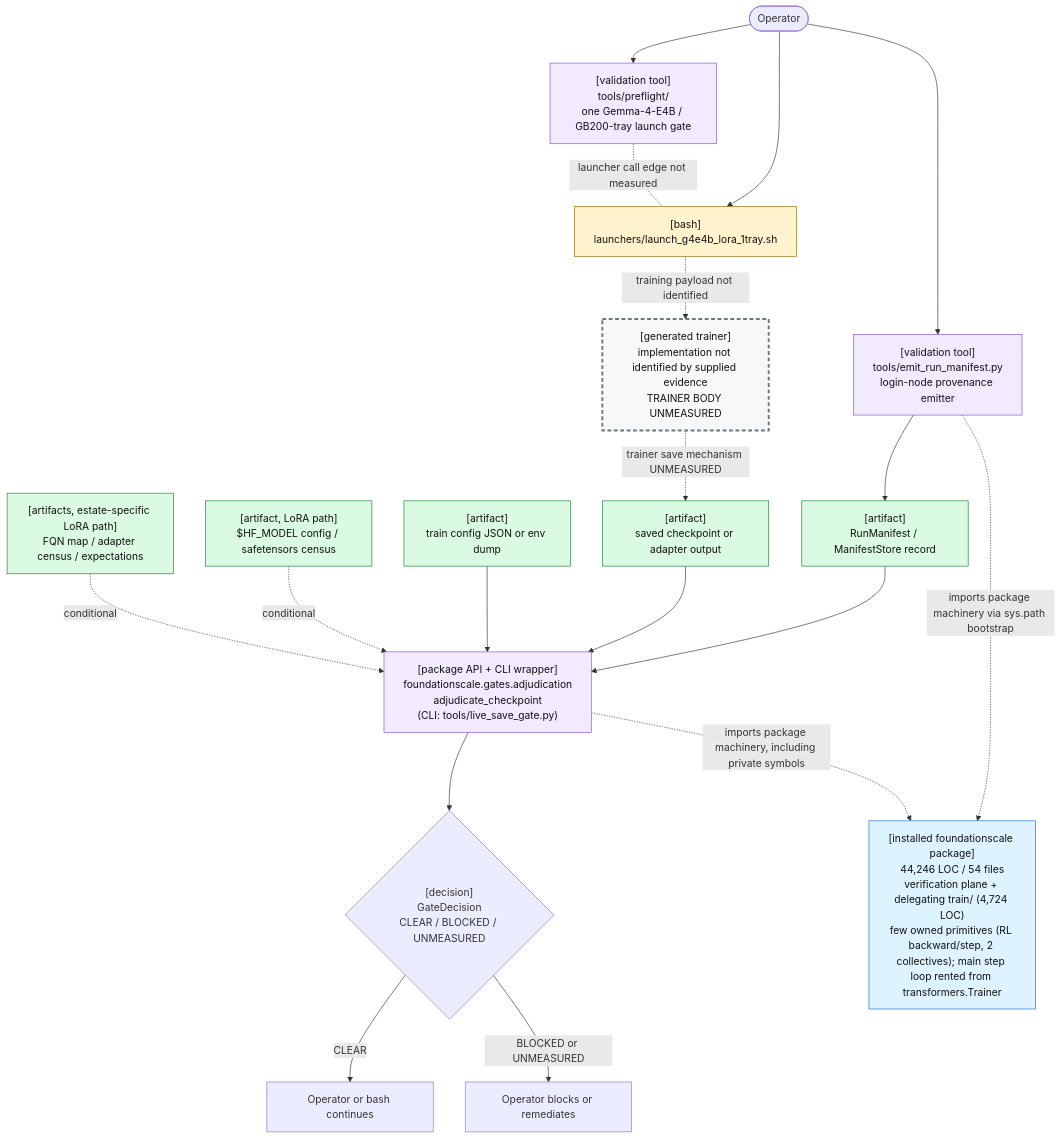
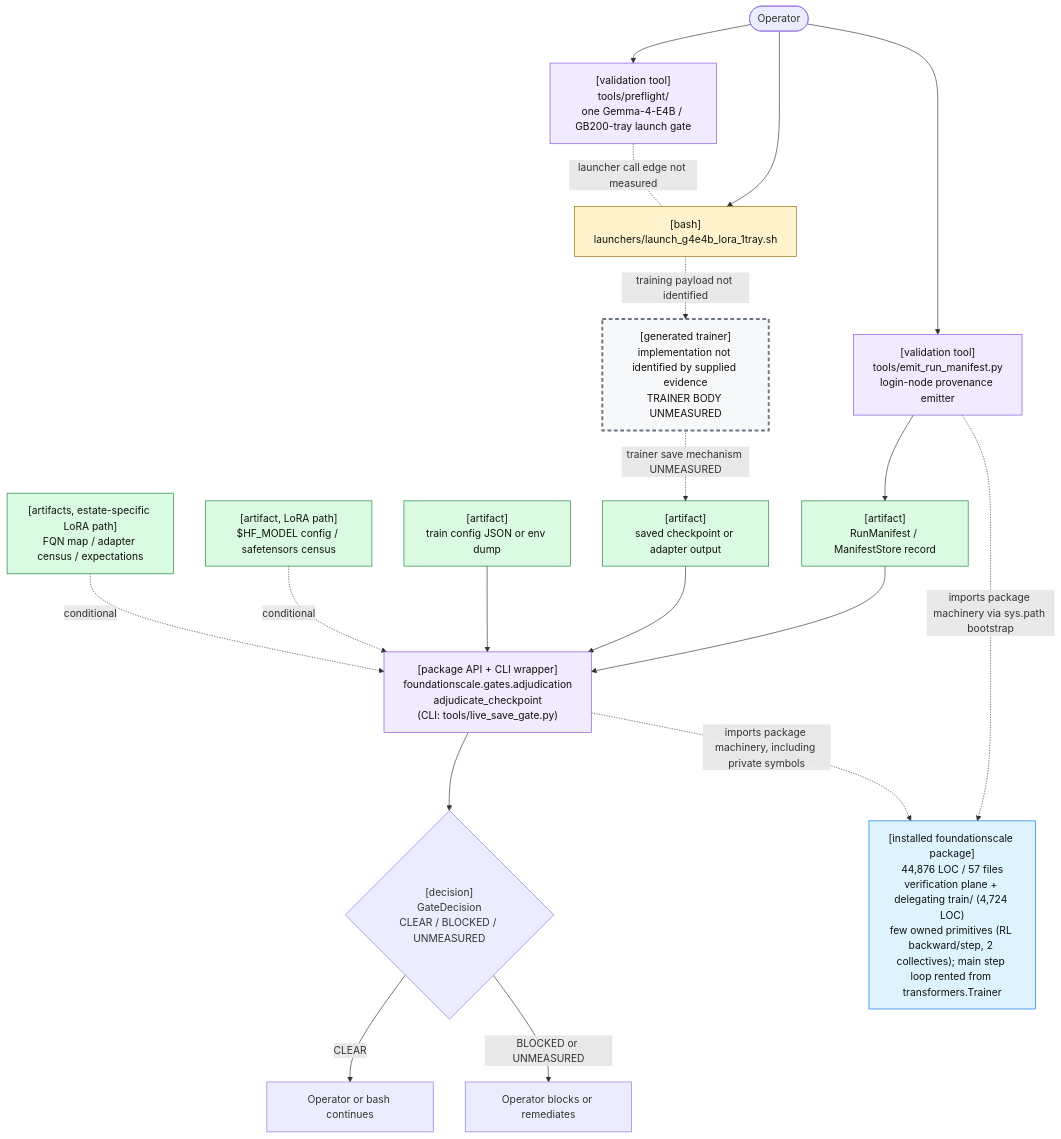
The first of 2 diagrams in docs/review/D2_current_architecture.md (TranNhiem/FoundationScale), drawn with Mermaid before and after one commit. The commit also changed other lines of this file and 25 other files, not shown here.

````diff
--- a/docs/review/D2_current_architecture.md
+++ b/docs/review/D2_current_architecture.md
@@ -25,59 +25,59 @@
 ```mermaid
 flowchart TB
   O(["Operator"])
 
   PF["[validation tool]<br/>tools/preflight/<br/>one Gemma-4-E4B / GB200-tray launch gate"]
   L["[bash]<br/>launchers/launch_g4e4b_lora_1tray.sh"]
 
   E["[validation tool]<br/>tools/emit_run_manifest.py<br/>login-node provenance emitter"]
   M["[artifact]<br/>RunManifest / ManifestStore record"]
 
   T["[generated trainer]<br/>implementation not identified by supplied evidence<br/>TRAINER BODY UNMEASURED"]
   C["[artifact]<br/>saved checkpoint or adapter output"]
 
   G["[package API + CLI wrapper]<br/>foundationscale.gates.adjudication<br/>adjudicate_checkpoint<br/>(CLI: tools/live_save_gate.py)"]
   CFG["[artifact]<br/>train config JSON or env dump"]
   BASE["[artifact, LoRA path]<br/>$HF_MODEL config / safetensors census"]
   CEN["[artifacts, estate-specific LoRA path]<br/>FQN map / adapter census / expectations"]
 
   D{"[decision]<br/>GateDecision<br/>CLEAR / BLOCKED / UNMEASURED"}
   OK["Operator or bash continues"]
   NO["Operator blocks or remediates"]
 
-  PKG["[installed foundationscale package]<br/>44,246 LOC / 54 files<br/>verification plane + delegating train/ (4,724 LOC)<br/>few owned primitives (RL backward/step, 2 collectives); main step loop rented from transformers.Trainer"]
+  PKG["[installed foundationscale package]<br/>44,876 LOC / 57 files<br/>verification plane + delegating train/ (4,724 LOC)<br/>few owned primitives (RL backward/step, 2 collectives); main step loop rented from transformers.Trainer"]
 
   O --> PF
   O --> L
   PF -. "launcher call edge not measured" .- L
 
   O --> E
   E --> M
 
   L -. "training payload not identified" .-> T
   T -. "trainer save mechanism UNMEASURED" .-> C
 
   M --> G
   C --> G
   CFG --> G
   BASE -. "conditional" .-> G
   CEN -. "conditional" .-> G
 
   E -. "imports package machinery via sys.path bootstrap" .-> PKG
   G -. "imports package machinery, including private symbols" .-> PKG
 
   G --> D
   D -->|"CLEAR"| OK
   D -->|"BLOCKED or UNMEASURED"| NO
 
   classDef bash fill:#fff3cd,stroke:#9a6700,color:#111;
   classDef tool fill:#f2eaff,stroke:#8250df,color:#111;
   classDef artifact fill:#dafbe1,stroke:#1a7f37,color:#111;
   classDef gap fill:#f6f8fa,stroke:#6e7781,stroke-width:3px,stroke-dasharray: 6 4,color:#111;
   classDef pkg fill:#ddf4ff,stroke:#0969da,color:#111;
 
   class L bash;
   class PF,E,G tool;
   class M,C,CFG,BASE,CEN artifact;
   class T gap;
   class PKG pkg;
 ```
````
